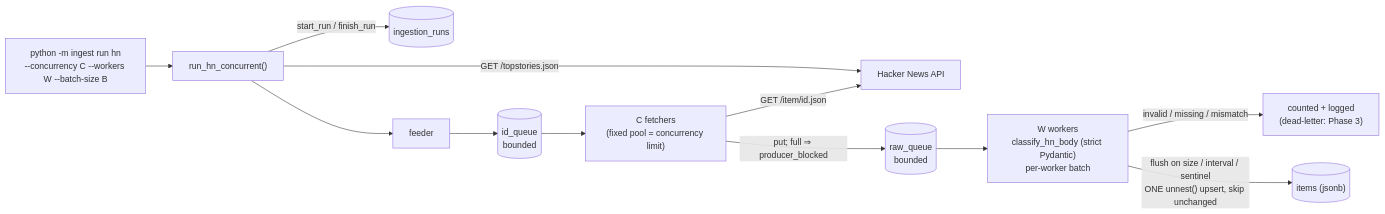
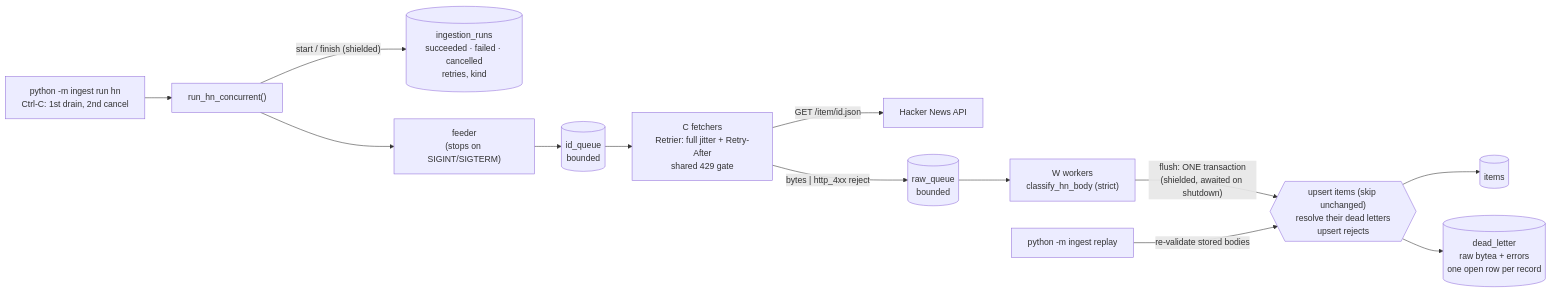
Before and after one commit to RamitJoshi41/Asynchronous-Data-Ingestion-Pipeline: the first of 2 diagrams in README.md, drawn with Mermaid. The commit also changed other lines of this file and 28 other files, not shown here.

First line of the commit message:
feat: phase 3 reliability (retries, dead letters, replay, graceful shutdown)

````diff
--- a/README.md
+++ b/README.md
@@ -16,14 +16,14 @@
 ```mermaid
 flowchart LR
-    CLI["python -m ingest run hn<br/>--concurrency C --workers W --batch-size B"] --> R["run_hn_concurrent()"]
-    R -- "start_run / finish_run" --> RUNS[("ingestion_runs")]
-    R -- "GET /topstories.json" --> HN[Hacker News API]
-    R --> FEED["feeder"]
-    FEED --> IDQ[("id_queue<br/>bounded")]
-    IDQ --> F["C fetchers<br/>(fixed pool = concurrency limit)"]
-    F -- "GET /item/id.json" --> HN
-    F -- "put; full ⇒ producer_blocked" --> RAWQ[("raw_queue<br/>bounded")]
-    RAWQ --> W["W workers<br/>classify_hn_body (strict Pydantic)<br/>per-worker batch"]
-    W -- "invalid / missing / mismatch" --> CNT["counted + logged<br/>(dead-letter: Phase 3)"]
-    W -- "flush on size / interval / sentinel<br/>ONE unnest() upsert, skip unchanged" --> ITEMS[("items (jsonb)")]
+    CLI["python -m ingest run hn<br/>Ctrl-C: 1st drain, 2nd cancel"] --> R["run_hn_concurrent()"]
+    R -- "start / finish (shielded)" --> RUNS[("ingestion_runs<br/>succeeded · failed · cancelled<br/>retries, kind")]
+    R --> FEED["feeder<br/>(stops on SIGINT/SIGTERM)"] --> IDQ[("id_queue<br/>bounded")]
+    IDQ --> F["C fetchers<br/>Retrier: full jitter + Retry-After<br/>shared 429 gate"]
+    F -- "GET /item/id.json" --> HN[Hacker News API]
+    F -- "bytes | http_4xx reject" --> RAWQ[("raw_queue<br/>bounded")]
+    RAWQ --> W["W workers<br/>classify_hn_body (strict)"]
+    W -- "flush: ONE transaction<br/>(shielded, awaited on shutdown)" --> TX{{"upsert items (skip unchanged)<br/>resolve their dead letters<br/>upsert rejects"}}
+    TX --> ITEMS[("items")]
+    TX --> DLQ[("dead_letter<br/>raw bytea + errors<br/>one open row per record")]
+    REPLAY["python -m ingest replay"] -- "re-validate stored bodies" --> TX
 ```
````
